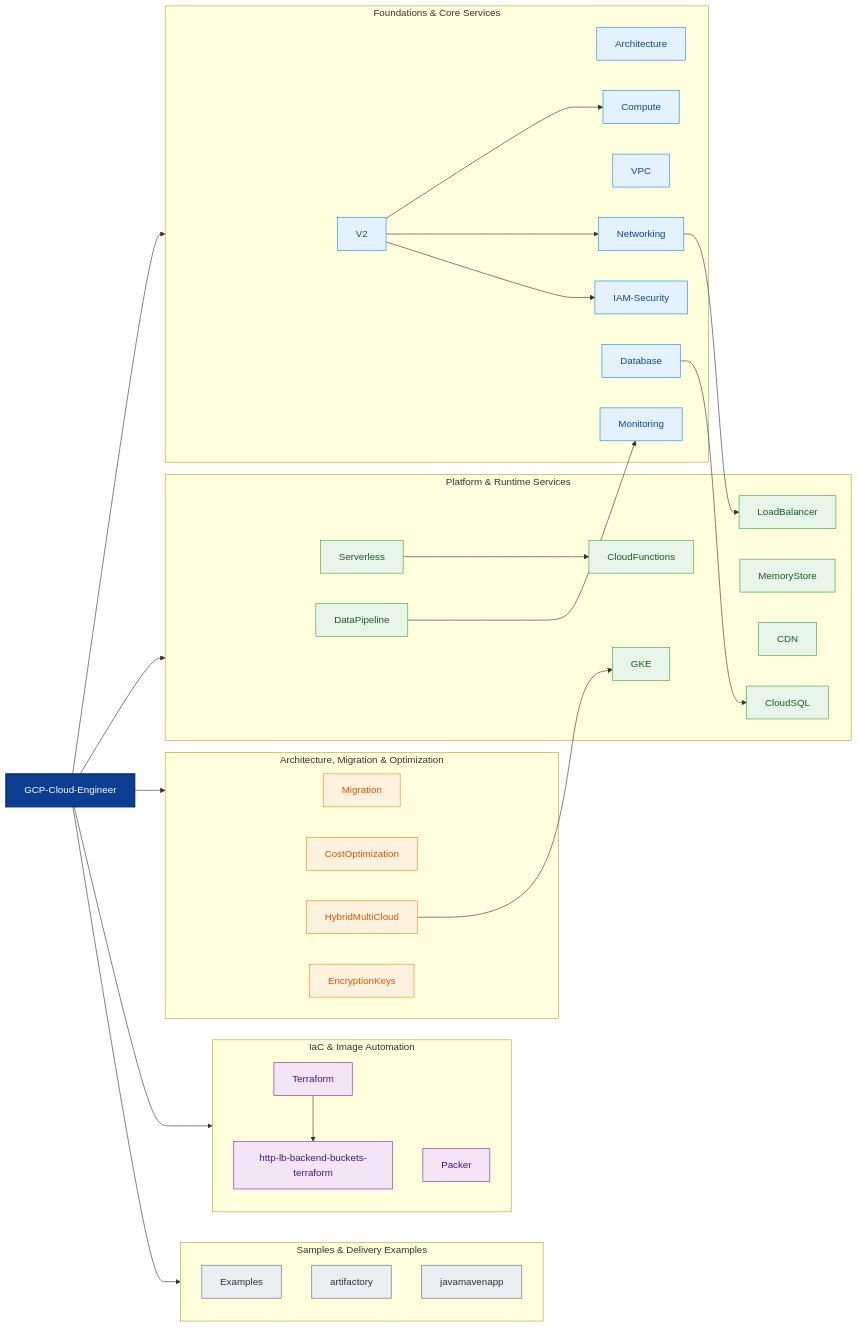
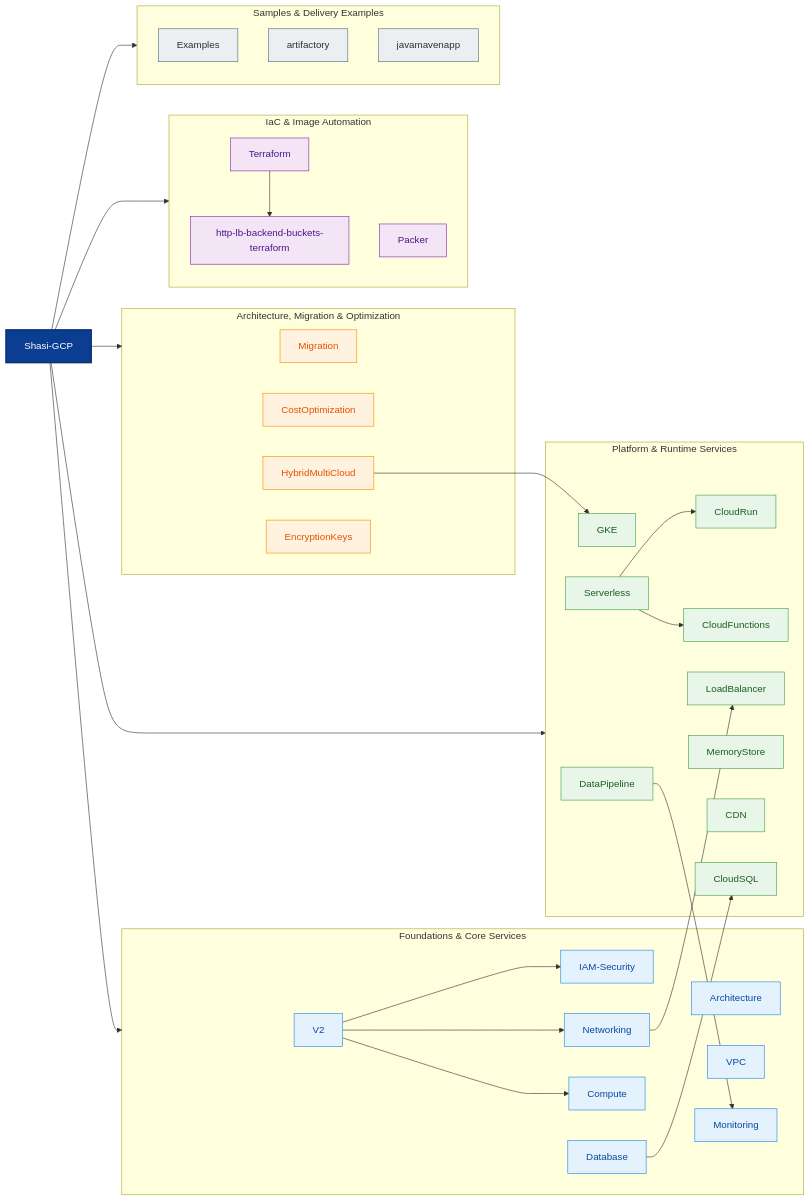
Before and after one commit to ShasidharReddy/GCP-Cloud-Engineer: the first of 2 diagrams in README.md, drawn with Mermaid. The commit also changed other lines of this file and 9 other files, not shown here.

First line of the commit message:
feat: rebrand to Shasi-GCP, add Cloud Run, IAP, GKE & LB traffic switching guide

````diff
--- a/README.md
+++ b/README.md
@@ -42,72 +54,74 @@
 ```mermaid
 flowchart LR
-    Repo["GCP-Cloud-Engineer"] --> Foundations
+    Repo["Shasi-GCP"] --> Foundations
     Repo --> Platform
     Repo --> Operations
     Repo --> Automation
     Repo --> Examples
 
     subgraph Foundations["Foundations & Core Services"]
         V2["V2"]
         Architecture["Architecture"]
         Compute["Compute"]
         VPC["VPC"]
         Networking["Networking"]
         IAM["IAM-Security"]
         Database["Database"]
         Monitoring["Monitoring"]
     end
 
     subgraph Platform["Platform & Runtime Services"]
         GKE["GKE"]
+        CloudRun["CloudRun"]
         CloudFunctions["CloudFunctions"]
         CloudSQL["CloudSQL"]
         Serverless["Serverless"]
         DataPipeline["DataPipeline"]
         MemoryStore["MemoryStore"]
         CDN["CDN"]
         LoadBalancer["LoadBalancer"]
     end
 
     subgraph Operations["Architecture, Migration & Optimization"]
         Migration["Migration"]
         Cost["CostOptimization"]
         Hybrid["HybridMultiCloud"]
         Encryption["EncryptionKeys"]
     end
 
     subgraph Automation["IaC & Image Automation"]
         Terraform["Terraform"]
         Packer["Packer"]
         BackendLB["http-lb-backend-buckets-terraform"]
     end
 
     subgraph Examples["Samples & Delivery Examples"]
         ExamplesDir["Examples"]
         Artifactory["artifactory"]
         JavaMaven["javamavenapp"]
     end
 
     V2 --> Compute
     V2 --> Networking
     V2 --> IAM
     Networking --> LoadBalancer
     Database --> CloudSQL
     Serverless --> CloudFunctions
+    Serverless --> CloudRun
     DataPipeline --> Monitoring
     Hybrid --> GKE
     Terraform --> BackendLB
 
     classDef repo fill:#0B3D91,stroke:#062B66,color:#FFFFFF,stroke-width:2px;
     classDef foundation fill:#E3F2FD,stroke:#1E88E5,color:#0D47A1;
     classDef platform fill:#E8F5E9,stroke:#43A047,color:#1B5E20;
     classDef operations fill:#FFF3E0,stroke:#FB8C00,color:#E65100;
     classDef automation fill:#F3E5F5,stroke:#8E24AA,color:#4A148C;
     classDef samples fill:#ECEFF1,stroke:#546E7A,color:#263238;
     class Repo repo;
     class V2,Architecture,Compute,VPC,Networking,IAM,Database,Monitoring foundation;
-    class GKE,CloudFunctions,CloudSQL,Serverless,DataPipeline,MemoryStore,CDN,LoadBalancer platform;
+    class GKE,CloudRun,CloudFunctions,CloudSQL,Serverless,DataPipeline,MemoryStore,CDN,LoadBalancer platform;
     class Migration,Cost,Hybrid,Encryption operations;
     class Terraform,Packer,BackendLB automation;
     class ExamplesDir,Artifactory,JavaMaven samples;
 ```
````
